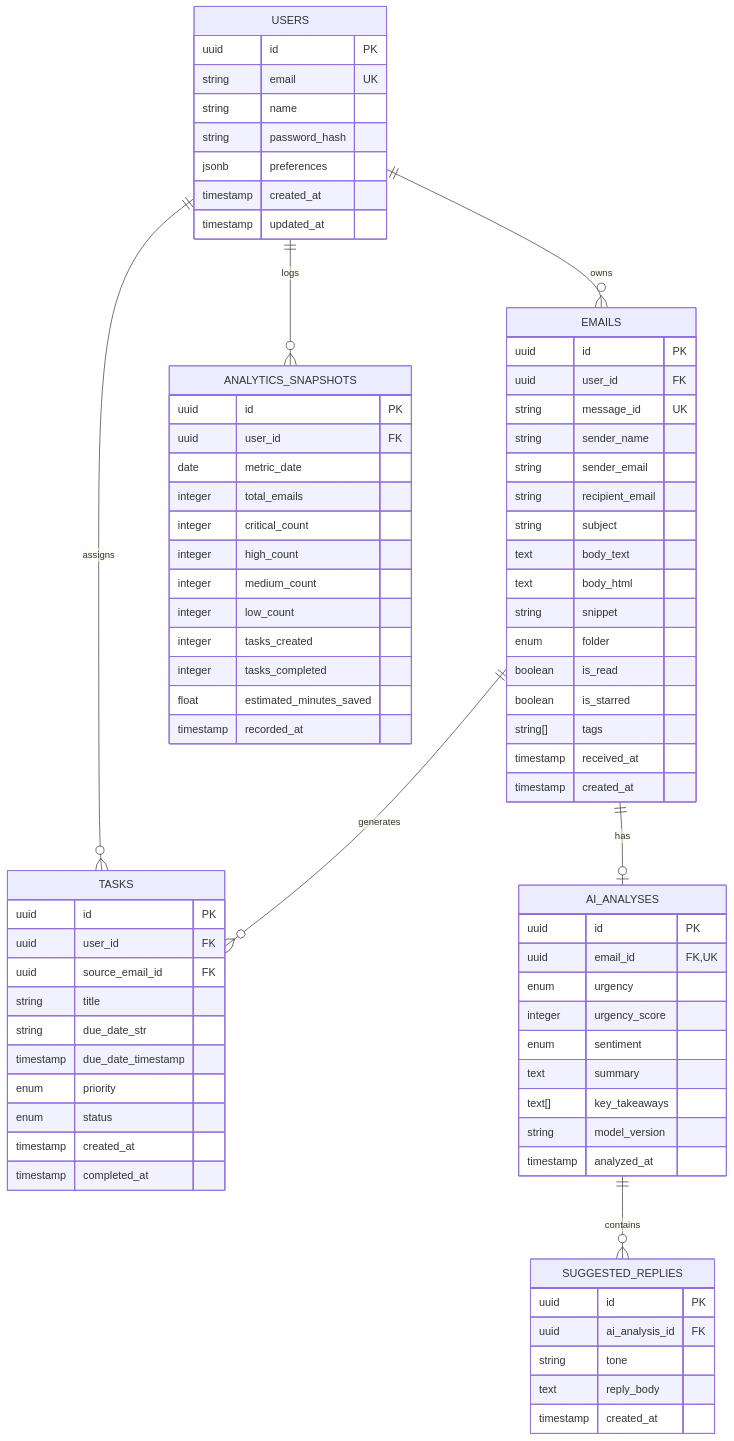
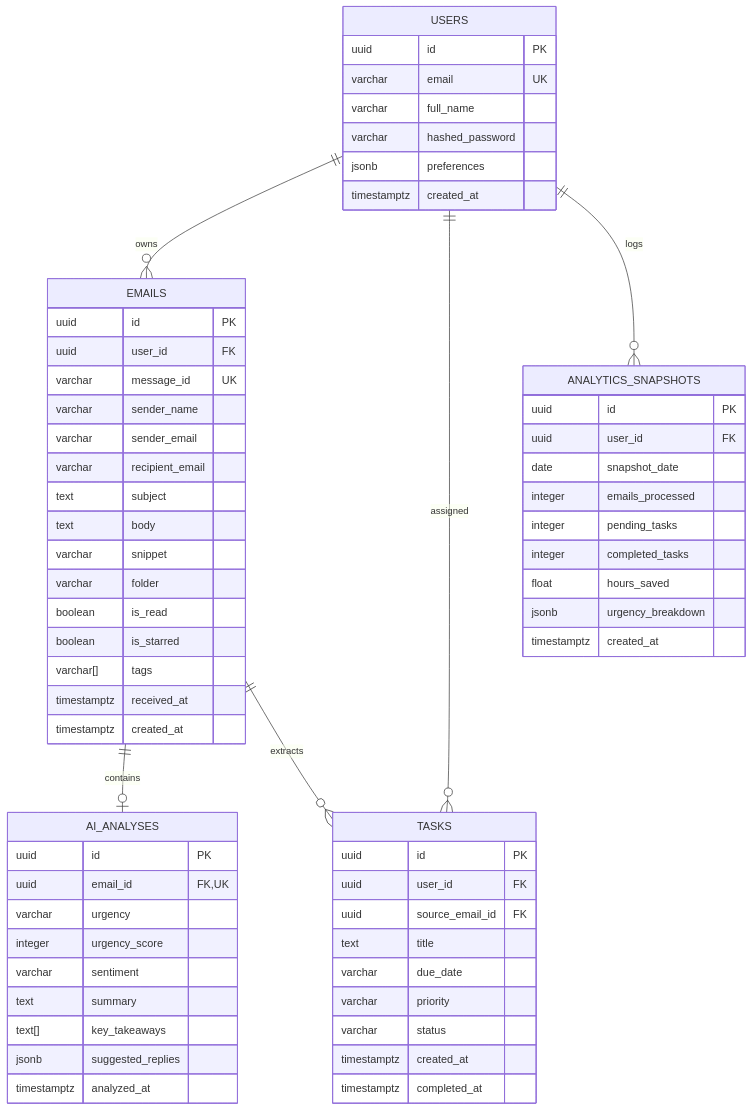
One commit to Techside-Pragyan/SiftMail changed the diagram in doc/DATABASE_DESIGN.md. Above: the diagram before and after it, drawn with Mermaid. The commit also changed other lines of this file, not shown here.

Commit message:
docs: add PostgreSQL database design and schema documentation

````diff
--- a/doc/DATABASE_DESIGN.md
+++ b/doc/DATABASE_DESIGN.md
@@ -7,86 +9,71 @@
 ```mermaid
 erDiagram
     USERS ||--o{ EMAILS : owns
-    USERS ||--o{ TASKS : assigns
-    EMAILS ||--o| AI_ANALYSES : has
-    AI_ANALYSES ||--o{ SUGGESTED_REPLIES : contains
-    EMAILS ||--o{ TASKS : generates
+    USERS ||--o{ TASKS : assigned
+    EMAILS ||--o| AI_ANALYSES : contains
+    EMAILS ||--o{ TASKS : extracts
     USERS ||--o{ ANALYTICS_SNAPSHOTS : logs
 
     USERS {
         uuid id PK
-        string email UK
-        string name
-        string password_hash
+        varchar email UK
+        varchar full_name
+        varchar hashed_password
         jsonb preferences
-        timestamp created_at
-        timestamp updated_at
+        timestamptz created_at
     }
 
     EMAILS {
         uuid id PK
         uuid user_id FK
-        string message_id UK
-        string sender_name
-        string sender_email
-        string recipient_email
-        string subject
-        text body_text
-        text body_html
-        string snippet
-        enum folder
+        varchar message_id UK
+        varchar sender_name
+        varchar sender_email
+        varchar recipient_email
+        text subject
+        text body
+        varchar snippet
+        varchar folder
         boolean is_read
         boolean is_starred
-        string[] tags
-        timestamp received_at
-        timestamp created_at
+        varchar[] tags
+        timestamptz received_at
+        timestamptz created_at
     }
 
     AI_ANALYSES {
         uuid id PK
         uuid email_id FK,UK
-        enum urgency
+        varchar urgency
         integer urgency_score
-        enum sentiment
+        varchar sentiment
         text summary
         text[] key_takeaways
-        string model_version
-        timestamp analyzed_at
-    }
-
-    SUGGESTED_REPLIES {
-        uuid id PK
-        uuid ai_analysis_id FK
-        string tone
-        text reply_body
-        timestamp created_at
+        jsonb suggested_replies
+        timestamptz analyzed_at
     }
 
     TASKS {
         uuid id PK
         uuid user_id FK
         uuid source_email_id FK
-        string title
-        string due_date_str
-        timestamp due_date_timestamp
-        enum priority
-        enum status
-        timestamp created_at
-        timestamp completed_at
+        text title
+        varchar due_date
+        varchar priority
+        varchar status
+        timestamptz created_at
+        timestamptz completed_at
     }
 
     ANALYTICS_SNAPSHOTS {
         uuid id PK
         uuid user_id FK
-        date metric_date
-        integer total_emails
-        integer critical_count
-        integer high_count
-        integer medium_count
-        integer low_count
-        integer tasks_created
-        integer tasks_completed
-        float estimated_minutes_saved
-        timestamp recorded_at
+        date snapshot_date
+        integer emails_processed
+        integer pending_tasks
+        integer completed_tasks
+        float hours_saved
+        jsonb urgency_breakdown
+        timestamptz created_at
     }
 ```
````
